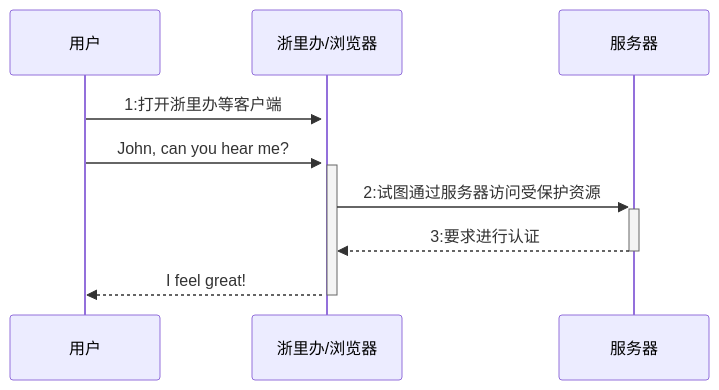
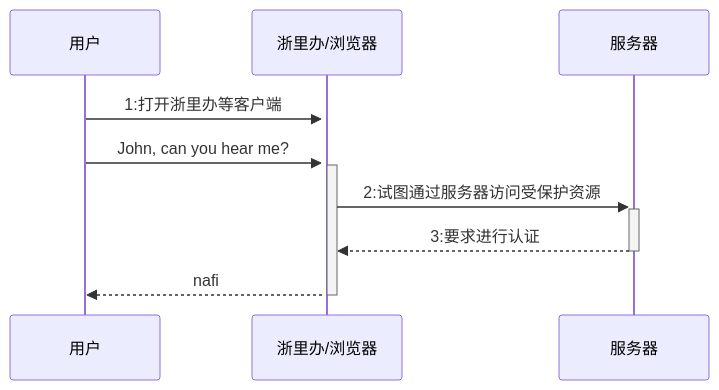
One commit to fifuntop/iodraw-files changed the diagram in all/居民端时序图.md. Above: the diagram before and after it, drawn with Mermaid.

Commit message:
2024-03-14 14:53:43 update

````diff
--- a/all/居民端时序图.md
+++ b/all/居民端时序图.md
@@ -1,9 +1,9 @@
 ```mermaid
 sequenceDiagram
     用户->>+浙里办/浏览器: 1:打开浙里办等客户端
     用户->>+浙里办/浏览器: John, can you hear me?
     浙里办/浏览器->>+服务器: 2:试图通过服务器访问受保护资源
     服务器-->>-浙里办/浏览器: 3:要求进行认证
-    浙里办/浏览器-->>-用户: I feel great!
+    浙里办/浏览器-->>-用户: nafi
             
 ```
````
